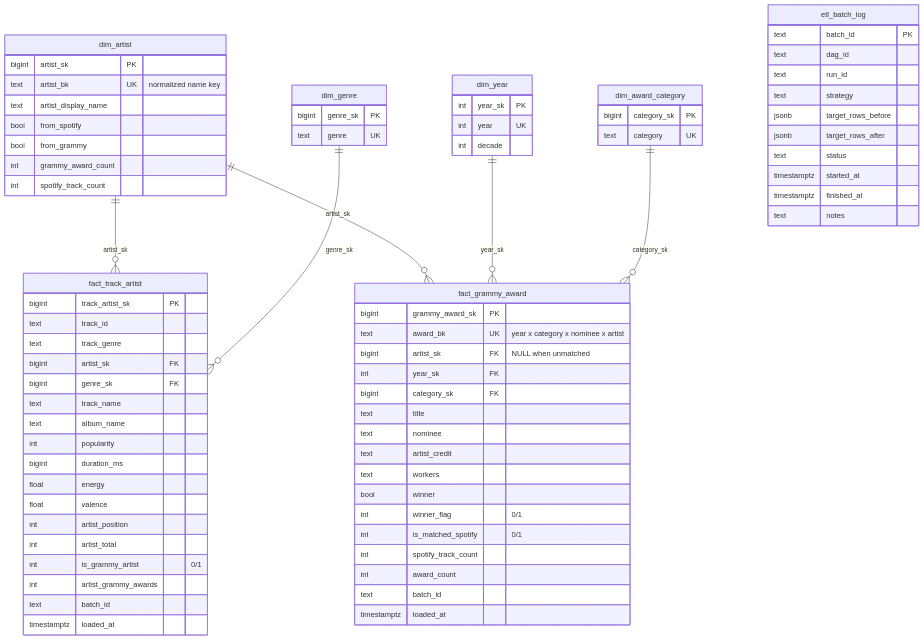
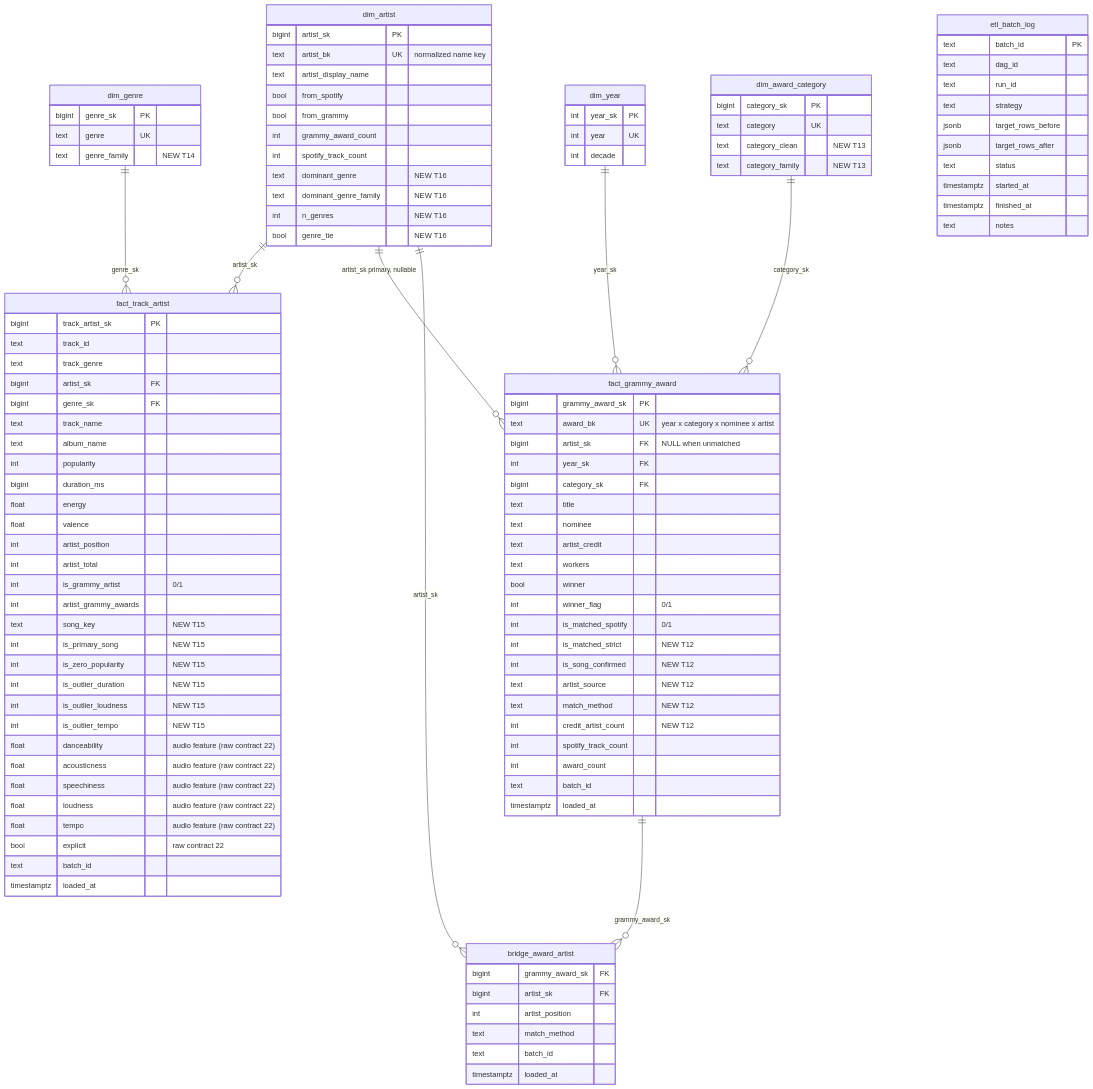
One commit to driosoft-pro/Workshop-2 changed the diagram in README.md. Above: the diagram before and after it, drawn with Mermaid. The commit also changed other lines of this file and 33 other files, not shown here.

Commit message:
P2: warehouse schema (bridge, family/flag columns), load order, ER diagrams

```diff
--- a/README.md
+++ b/README.md
@@ -204,7 +204,9 @@
 erDiagram
     dim_artist ||--o{ fact_track_artist : "artist_sk"
     dim_genre ||--o{ fact_track_artist : "genre_sk"
-    dim_artist ||--o{ fact_grammy_award : "artist_sk"
+    dim_artist ||--o{ fact_grammy_award : "artist_sk primary, nullable"
+    fact_grammy_award ||--o{ bridge_award_artist : grammy_award_sk
+    dim_artist ||--o{ bridge_award_artist : artist_sk
     dim_year ||--o{ fact_grammy_award : "year_sk"
     dim_award_category ||--o{ fact_grammy_award : "category_sk"
 
@@ -216,10 +218,15 @@
         bool from_grammy
         int grammy_award_count
         int spotify_track_count
+        text dominant_genre "NEW T16"
+        text dominant_genre_family "NEW T16"
+        int n_genres "NEW T16"
+        bool genre_tie "NEW T16"
     }
     dim_genre {
         bigint genre_sk PK
         text genre UK
+        text genre_family "NEW T14"
     }
     dim_year {
         int year_sk PK
@@ -229,6 +236,8 @@
     dim_award_category {
         bigint category_sk PK
         text category UK
+        text category_clean "NEW T13"
+        text category_family "NEW T13"
     }
     fact_track_artist {
         bigint track_artist_sk PK
@@ -246,6 +255,18 @@
         int artist_total
         int is_grammy_artist "0/1"
         int artist_grammy_awards
+        text song_key "NEW T15"
+        int is_primary_song "NEW T15"
+        int is_zero_popularity "NEW T15"
+        int is_outlier_duration "NEW T15"
+        int is_outlier_loudness "NEW T15"
+        int is_outlier_tempo "NEW T15"
+        float danceability "audio feature (raw contract 22)"
+        float acousticness "audio feature (raw contract 22)"
+        float speechiness "audio feature (raw contract 22)"
+        float loudness "audio feature (raw contract 22)"
+        float tempo "audio feature (raw contract 22)"
+        bool explicit "raw contract 22"
         text batch_id
         timestamptz loaded_at
     }
@@ -262,8 +283,21 @@
         bool winner
         int winner_flag "0/1"
         int is_matched_spotify "0/1"
+        int is_matched_strict "NEW T12"
+        int is_song_confirmed "NEW T12"
+        text artist_source "NEW T12"
+        text match_method "NEW T12"
+        int credit_artist_count "NEW T12"
         int spotify_track_count
         int award_count
+        text batch_id
+        timestamptz loaded_at
+    }
+    bridge_award_artist {
+        bigint grammy_award_sk FK
+        bigint artist_sk FK
+        int artist_position
+        text match_method
         text batch_id
         timestamptz loaded_at
     }
```
